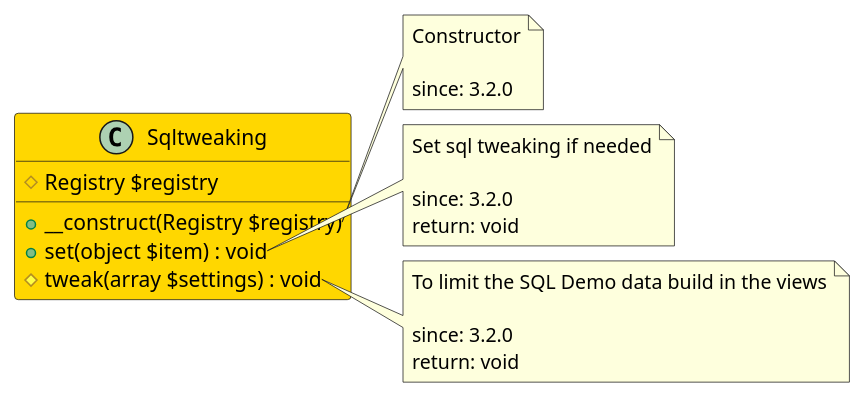
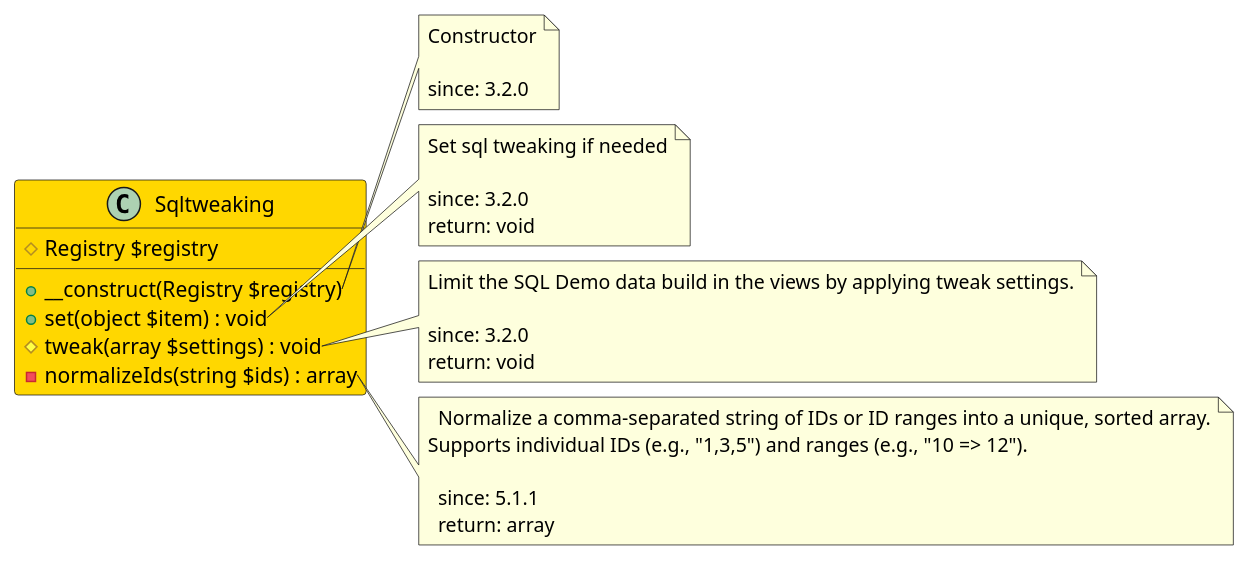
One commit to joomengine/jcb-compiler changed the diagram in src/e50cbac5-9c9d-4fd4-aa7a-5e830719ed26/README.md. Above: the diagram before and after it, drawn with PlantUML. The commit also changed 440 other files, not shown here.

````diff
--- a/src/e50cbac5-9c9d-4fd4-aa7a-5e830719ed26/README.md
+++ b/src/e50cbac5-9c9d-4fd4-aa7a-5e830719ed26/README.md
@@ -5,32 +5,41 @@
 ```uml
 @startuml
 
 class Sqltweaking  #Gold {
   # Registry $registry
   + __construct(Registry $registry)
   + set(object $item) : void
   # tweak(array $settings) : void
+  - normalizeIds(string $ids) : array
 }
 
 note right of Sqltweaking::__construct
   Constructor
 
   since: 3.2.0
 end note
 
 note right of Sqltweaking::set
   Set sql tweaking if needed
 
   since: 3.2.0
   return: void
 end note
 
 note right of Sqltweaking::tweak
-  To limit the SQL Demo data build in the views
+  Limit the SQL Demo data build in the views by applying tweak settings.
 
   since: 3.2.0
   return: void
 end note
 
+note right of Sqltweaking::normalizeIds
+  Normalize a comma-separated string of IDs or ID ranges into a unique, sorted array.
+Supports individual IDs (e.g., "1,3,5") and ranges (e.g., "10 => 12").
+
+  since: 5.1.1
+  return: array
+end note
+
 @enduml
 ```
````
